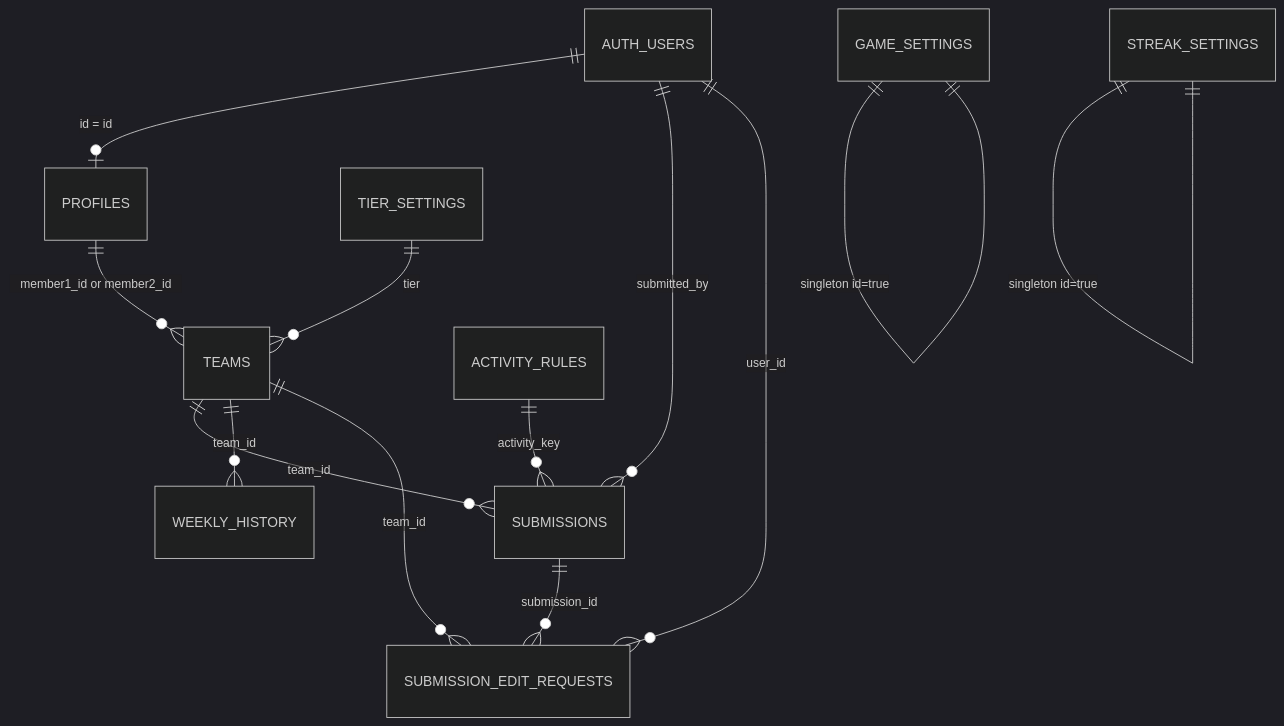
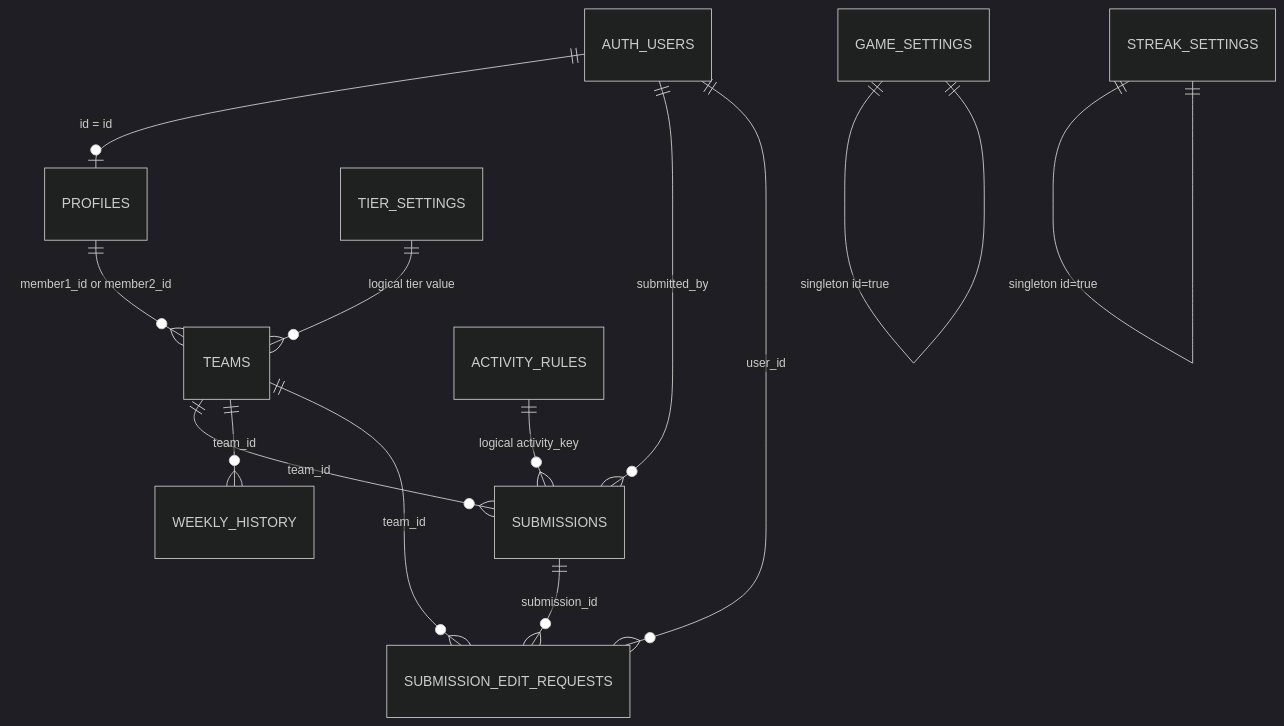
The diagram in ai-docs/DATA_MODEL.md (Sigep-Spartan-Games/spartan-games), drawn with Mermaid (dark theme) before and after one commit. The commit also changed other lines of this file and 17 other files, not shown here.

````diff
--- a/ai-docs/DATA_MODEL.md
+++ b/ai-docs/DATA_MODEL.md
@@ -14,15 +17,15 @@
 ```mermaid
 erDiagram
     AUTH_USERS ||--o| PROFILES : "id = id"
     PROFILES ||--o{ TEAMS : "member1_id or member2_id"
     TEAMS ||--o{ SUBMISSIONS : "team_id"
     TEAMS ||--o{ WEEKLY_HISTORY : "team_id"
     TEAMS ||--o{ SUBMISSION_EDIT_REQUESTS : "team_id"
     AUTH_USERS ||--o{ SUBMISSIONS : "submitted_by"
     AUTH_USERS ||--o{ SUBMISSION_EDIT_REQUESTS : "user_id"
     SUBMISSIONS ||--o{ SUBMISSION_EDIT_REQUESTS : "submission_id"
-    ACTIVITY_RULES ||--o{ SUBMISSIONS : "activity_key"
+    ACTIVITY_RULES ||--o{ SUBMISSIONS : "logical activity_key"
     GAME_SETTINGS ||--|| GAME_SETTINGS : "singleton id=true"
     STREAK_SETTINGS ||--|| STREAK_SETTINGS : "singleton id=true"
-    TIER_SETTINGS ||--o{ TEAMS : "tier"
+    TIER_SETTINGS ||--o{ TEAMS : "logical tier value"
 ```
````
